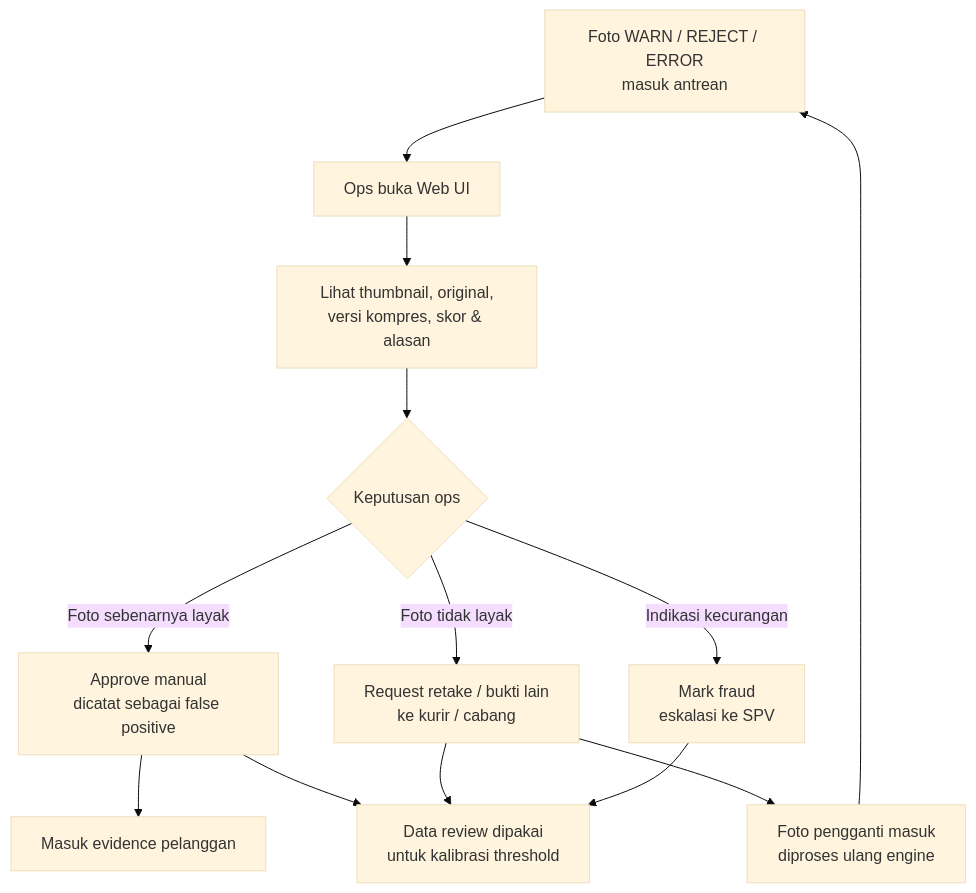
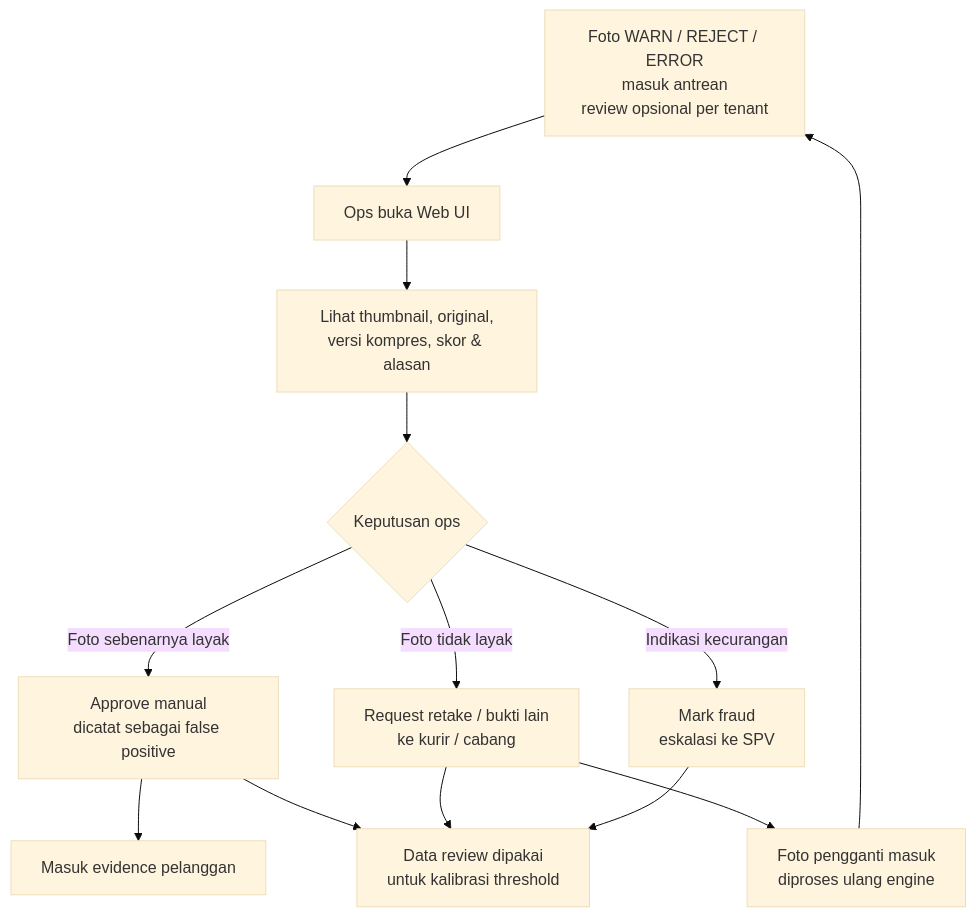
Before and after one commit to anas-fikri/ocr-engine: diagram 11 of 19 in docs/sdlc-plan.md, drawn with Mermaid (base theme). The commit also changed other lines of this file and 12 other files, not shown here.

````diff
--- a/docs/sdlc-plan.md
+++ b/docs/sdlc-plan.md
@@ -774,13 +798,13 @@
 ```mermaid
 flowchart TD
-    A[Foto WARN / REJECT / ERROR<br/>masuk antrean] --> B[Ops buka Web UI]
+    A[Foto WARN / REJECT / ERROR<br/>masuk antrean<br/>review opsional per tenant] --> B[Ops buka Web UI]
     B --> C[Lihat thumbnail, original,<br/>versi kompres, skor & alasan]
     C --> D{Keputusan ops}
     D -- Foto sebenarnya layak --> E[Approve manual<br/>dicatat sebagai false positive]
     D -- Foto tidak layak --> F[Request retake / bukti lain<br/>ke kurir / cabang]
     D -- Indikasi kecurangan --> G[Mark fraud<br/>eskalasi ke SPV]
     E --> H[Masuk evidence pelanggan]
     F --> I[Foto pengganti masuk<br/>diproses ulang engine]
     I --> A
     E & F & G --> J[Data review dipakai<br/>untuk kalibrasi threshold]
 ```
````
